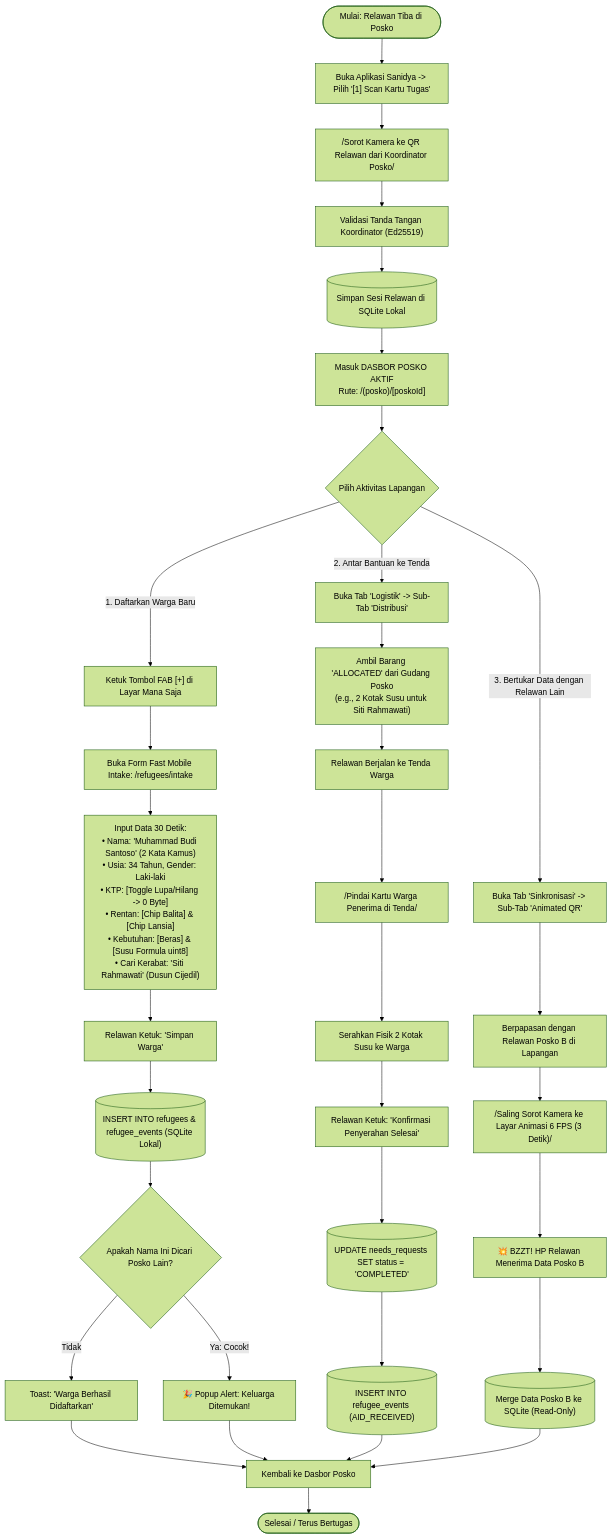
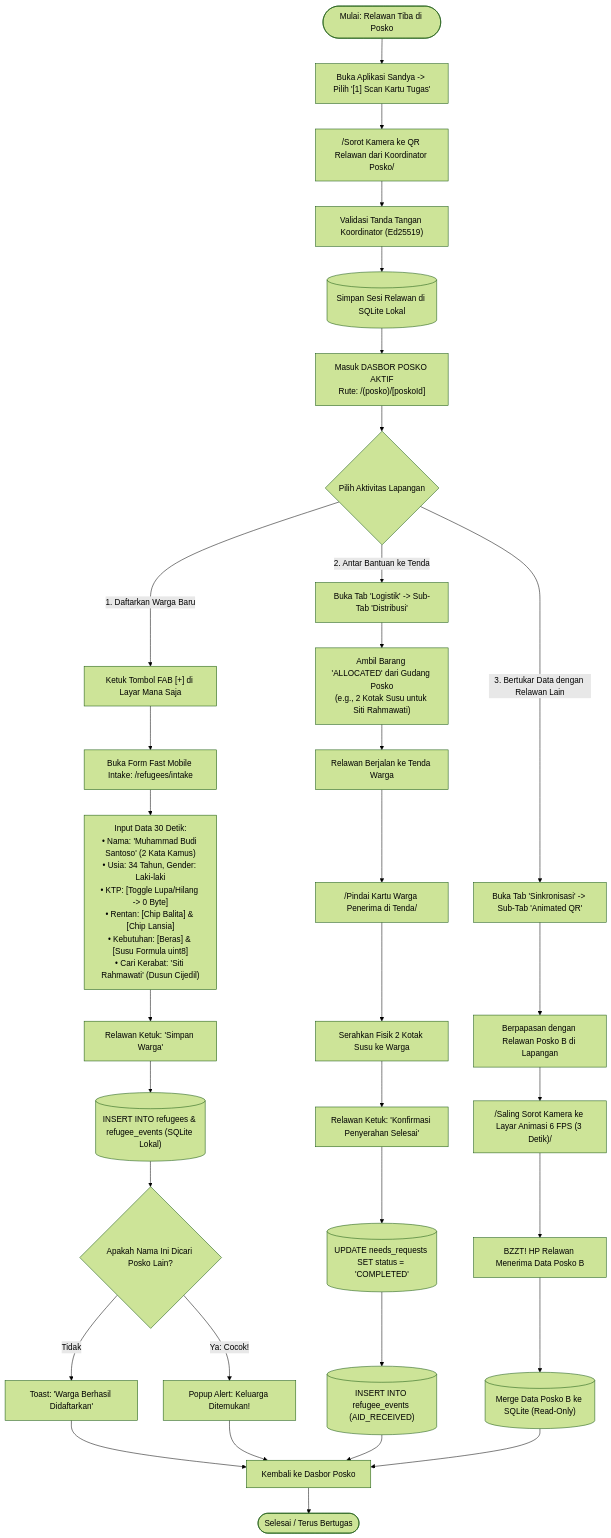
One commit to untacorp/sandya changed the second of 2 diagrams in docs/userflow/roles/06-relawan-lapangan.md. Above: the diagram before and after it, drawn with Mermaid (forest theme). The commit also changed other lines of this file and 218 other files, not shown here.

First line of the commit message:
feat: complete Sandya rebranding, local-first sqlite to cloud pipeline, zero-mock cleanup, and production metadata

````diff
--- a/docs/userflow/roles/06-relawan-lapangan.md
+++ b/docs/userflow/roles/06-relawan-lapangan.md
@@ -59,46 +59,46 @@
 ```mermaid
 flowchart TD
-    Start(["Mulai: Relawan Tiba di Posko"]) --> OpenApp["Buka Aplikasi Sanidya -> Pilih '[1] Scan Kartu Tugas'"]
-    
-    OpenApp --> ScanVolunteerPass["/Sorot Kamera ke QR Relawan dari Koordinator Posko/"]
-    ScanVolunteerPass --> VerifyVolunteerSig["Validasi Tanda Tangan Koordinator (Ed25519)"]
-    
-    VerifyVolunteerSig --> SaveVolSession[("Simpan Sesi Relawan di SQLite Lokal")]
-    SaveVolSession --> OpenPoskoDashboard["Masuk DASBOR POSKO AKTIF<br/>Rute: /(posko)/[poskoId]"]
-    
-    %% TIGA AKTIVITAS UTAMA RELAWAN LAPANGAN
-    OpenPoskoDashboard --> VolunteerChoice{"Pilih Aktivitas Lapangan"}
-    
-    %% AKTIVITAS A: FAST MOBILE INTAKE 30s
-    VolunteerChoice -->|"1. Daftarkan Warga Baru"| TapFAB["Ketuk Tombol FAB [+] di Layar Mana Saja"]
-    TapFAB --> OpenFastIntakeForm["Buka Form Fast Mobile Intake: /refugees/intake"]
-    OpenFastIntakeForm --> FillIntakeData["Input Data 30 Detik:<br/>• Nama: 'Muhammad Budi Santoso' (2 Kata Kamus)<br/>• Usia: 34 Tahun, Gender: Laki-laki<br/>• KTP: [Toggle Lupa/Hilang -> 0 Byte]<br/>• Rentan: [Chip Balita] & [Chip Lansia]<br/>• Kebutuhan: [Beras] & [Susu Formula uint8]<br/>• Cari Kerabat: 'Siti Rahmawati' (Dusun Cijedil)"]
-    FillIntakeData --> TapSaveIntake["Relawan Ketuk: 'Simpan Warga'"]
-    TapSaveIntake --> SaveRefugeeDB[("INSERT INTO refugees & refugee_events (SQLite Lokal)")]
-    SaveRefugeeDB --> CheckLocalReunion{"Apakah Nama Ini Dicari Posko Lain?"}
-    CheckLocalReunion -->|Ya: Cocok!| AlertReunionPopup["🎉 Popup Alert: Keluarga Ditemukan!"]
-    CheckLocalReunion -->|Tidak| ToastIntakeSuccess["Toast: 'Warga Berhasil Didaftarkan'"]
-    
-    %% AKTIVITAS B: SERAHKAN BANTUAN DI TENDA (RUNNER)
-    VolunteerChoice -->|"2. Antar Bantuan ke Tenda"| OpenDistributeTab["Buka Tab 'Logistik' -> Sub-Tab 'Distribusi'"]
-    OpenDistributeTab --> TakeAllocatedAid["Ambil Barang 'ALLOCATED' dari Gudang Posko<br/>(e.g., 2 Kotak Susu untuk Siti Rahmawati)"]
-    TakeAllocatedAid --> GoToTent["Relawan Berjalan ke Tenda Warga"]
-    GoToTent --> ScanRefugeeCard["/Pindai Kartu Warga Penerima di Tenda/"]
-    ScanRefugeeCard --> HandoverPhysical["Serahkan Fisik 2 Kotak Susu ke Warga"]
-    HandoverPhysical --> TapConfirmDelivery["Relawan Ketuk: 'Konfirmasi Penyerahan Selesai'"]
-    TapConfirmDelivery --> CompleteTicketDB[("UPDATE needs_requests SET status = 'COMPLETED'")]
-    CompleteTicketDB --> AppendAidEvent[("INSERT INTO refugee_events (AID_RECEIVED)")]
-    
-    %% AKTIVITAS C: DATA MULE SINKRONISASI P2P
-    VolunteerChoice -->|"3. Bertukar Data dengan Relawan Lain"| OpenSyncLayar["Buka Tab 'Sinkronisasi' -> Sub-Tab 'Animated QR'"]
-    OpenSyncLayar --> MeetOtherVolunteer["Berpapasan dengan Relawan Posko B di Lapangan"]
-    MeetOtherVolunteer --> SalingScanHP["/Saling Sorot Kamera ke Layar Animasi 6 FPS (3 Detik)/"]
-    SalingScanHP --> ReceiveDeltaPoskoB["💥 BZZT! HP Relawan Menerima Data Posko B"]
-    ReceiveDeltaPoskoB --> MergeDB[("Merge Data Posko B ke SQLite (Read-Only)")]
-    
-    ToastIntakeSuccess --> ReturnToDashboard["Kembali ke Dasbor Posko"]
-    AlertReunionPopup --> ReturnToDashboard
-    AppendAidEvent --> ReturnToDashboard
-    MergeDB --> ReturnToDashboard
-    ReturnToDashboard --> EndState(["Selesai / Terus Bertugas"])
+  Start(["Mulai: Relawan Tiba di Posko"]) --> OpenApp["Buka Aplikasi Sandya -> Pilih '[1] Scan Kartu Tugas'"]
+  
+  OpenApp --> ScanVolunteerPass["/Sorot Kamera ke QR Relawan dari Koordinator Posko/"]
+  ScanVolunteerPass --> VerifyVolunteerSig["Validasi Tanda Tangan Koordinator (Ed25519)"]
+  
+  VerifyVolunteerSig --> SaveVolSession[("Simpan Sesi Relawan di SQLite Lokal")]
+  SaveVolSession --> OpenPoskoDashboard["Masuk DASBOR POSKO AKTIF<br/>Rute: /(posko)/[poskoId]"]
+  
+  %% TIGA AKTIVITAS UTAMA RELAWAN LAPANGAN
+  OpenPoskoDashboard --> VolunteerChoice{"Pilih Aktivitas Lapangan"}
+  
+  %% AKTIVITAS A: FAST MOBILE INTAKE 30s
+  VolunteerChoice -->|"1. Daftarkan Warga Baru"| TapFAB["Ketuk Tombol FAB [+] di Layar Mana Saja"]
+  TapFAB --> OpenFastIntakeForm["Buka Form Fast Mobile Intake: /refugees/intake"]
+  OpenFastIntakeForm --> FillIntakeData["Input Data 30 Detik:<br/>• Nama: 'Muhammad Budi Santoso' (2 Kata Kamus)<br/>• Usia: 34 Tahun, Gender: Laki-laki<br/>• KTP: [Toggle Lupa/Hilang -> 0 Byte]<br/>• Rentan: [Chip Balita] & [Chip Lansia]<br/>• Kebutuhan: [Beras] & [Susu Formula uint8]<br/>• Cari Kerabat: 'Siti Rahmawati' (Dusun Cijedil)"]
+  FillIntakeData --> TapSaveIntake["Relawan Ketuk: 'Simpan Warga'"]
+  TapSaveIntake --> SaveRefugeeDB[("INSERT INTO refugees & refugee_events (SQLite Lokal)")]
+  SaveRefugeeDB --> CheckLocalReunion{"Apakah Nama Ini Dicari Posko Lain?"}
+  CheckLocalReunion -->|Ya: Cocok!| AlertReunionPopup[" Popup Alert: Keluarga Ditemukan!"]
+  CheckLocalReunion -->|Tidak| ToastIntakeSuccess["Toast: 'Warga Berhasil Didaftarkan'"]
+  
+  %% AKTIVITAS B: SERAHKAN BANTUAN DI TENDA (RUNNER)
+  VolunteerChoice -->|"2. Antar Bantuan ke Tenda"| OpenDistributeTab["Buka Tab 'Logistik' -> Sub-Tab 'Distribusi'"]
+  OpenDistributeTab --> TakeAllocatedAid["Ambil Barang 'ALLOCATED' dari Gudang Posko<br/>(e.g., 2 Kotak Susu untuk Siti Rahmawati)"]
+  TakeAllocatedAid --> GoToTent["Relawan Berjalan ke Tenda Warga"]
+  GoToTent --> ScanRefugeeCard["/Pindai Kartu Warga Penerima di Tenda/"]
+  ScanRefugeeCard --> HandoverPhysical["Serahkan Fisik 2 Kotak Susu ke Warga"]
+  HandoverPhysical --> TapConfirmDelivery["Relawan Ketuk: 'Konfirmasi Penyerahan Selesai'"]
+  TapConfirmDelivery --> CompleteTicketDB[("UPDATE needs_requests SET status = 'COMPLETED'")]
+  CompleteTicketDB --> AppendAidEvent[("INSERT INTO refugee_events (AID_RECEIVED)")]
+  
+  %% AKTIVITAS C: DATA MULE SINKRONISASI P2P
+  VolunteerChoice -->|"3. Bertukar Data dengan Relawan Lain"| OpenSyncLayar["Buka Tab 'Sinkronisasi' -> Sub-Tab 'Animated QR'"]
+  OpenSyncLayar --> MeetOtherVolunteer["Berpapasan dengan Relawan Posko B di Lapangan"]
+  MeetOtherVolunteer --> SalingScanHP["/Saling Sorot Kamera ke Layar Animasi 6 FPS (3 Detik)/"]
+  SalingScanHP --> ReceiveDeltaPoskoB[" BZZT! HP Relawan Menerima Data Posko B"]
+  ReceiveDeltaPoskoB --> MergeDB[("Merge Data Posko B ke SQLite (Read-Only)")]
+  
+  ToastIntakeSuccess --> ReturnToDashboard["Kembali ke Dasbor Posko"]
+  AlertReunionPopup --> ReturnToDashboard
+  AppendAidEvent --> ReturnToDashboard
+  MergeDB --> ReturnToDashboard
+  ReturnToDashboard --> EndState(["Selesai / Terus Bertugas"])
 ```
````
